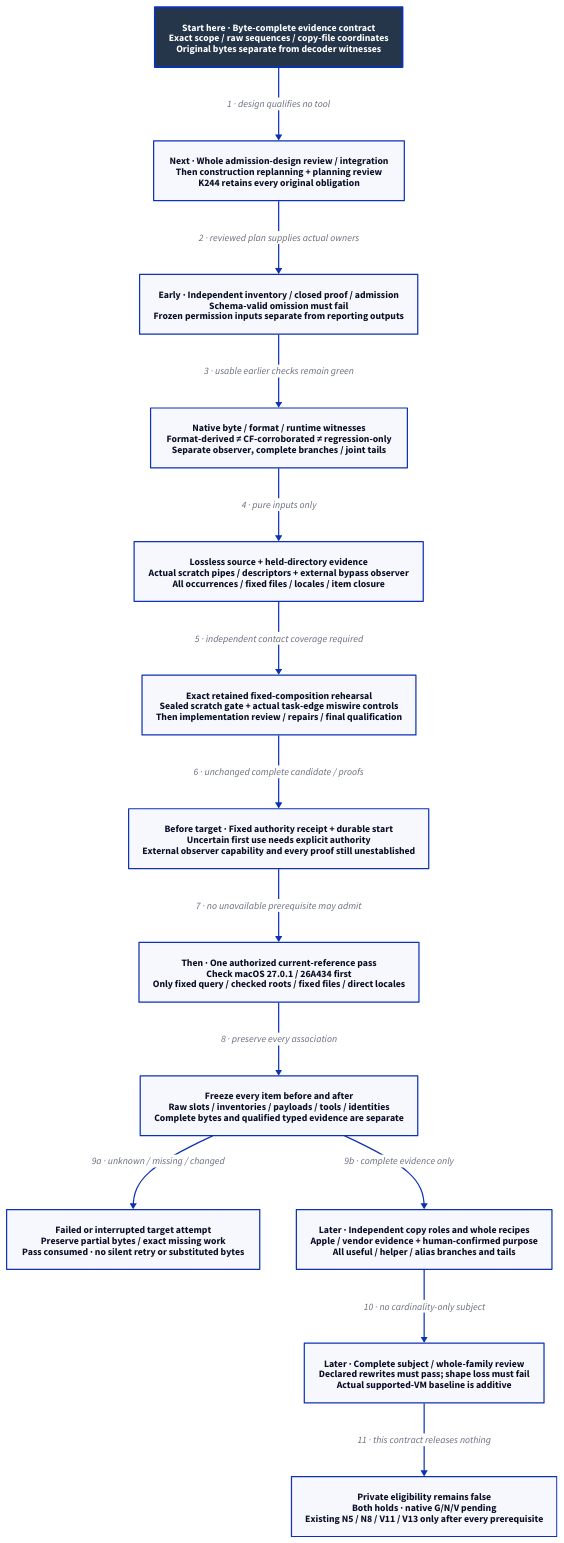
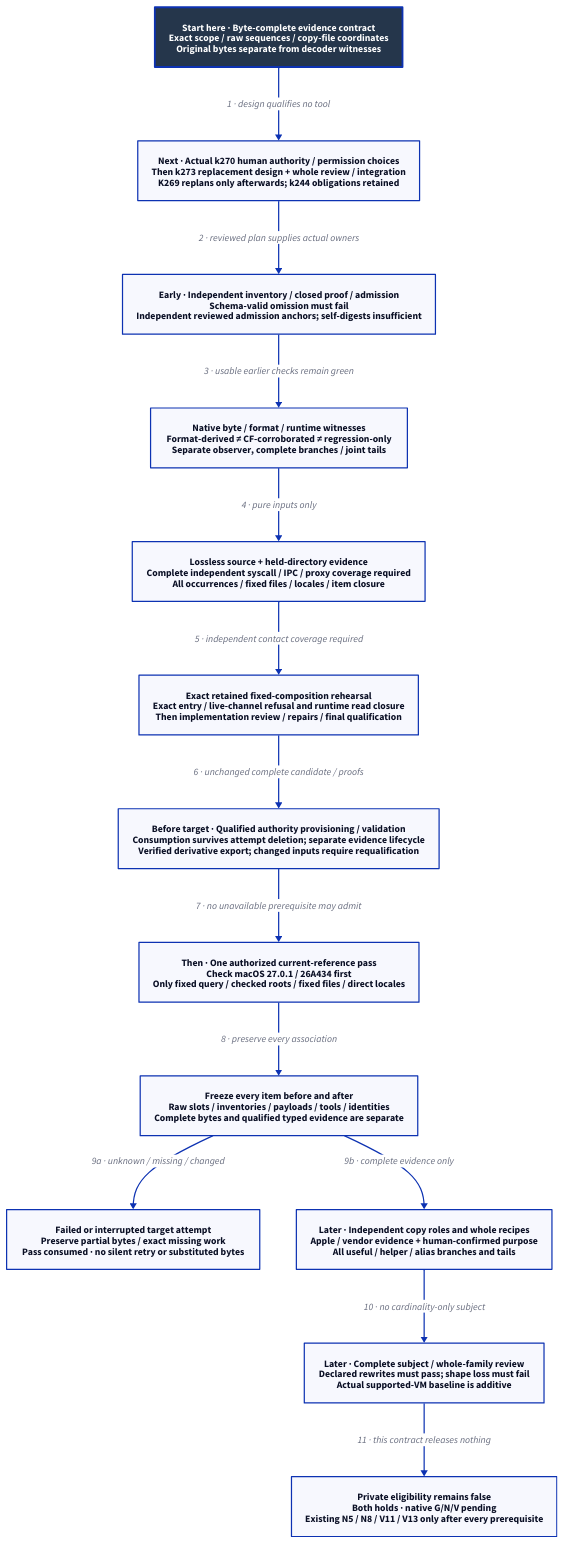
Before and after one commit to Linkuistics/Koine: the diagram in docs/design/architecture/native-reference-evidence.d2, drawn with D2. The commit also changed 45 other files, not shown here.

Commit message:
Integrate admission review and sequence replacement design (reference-evidence-admission-k272)

```diff
--- a/docs/design/architecture/native-reference-evidence.d2
+++ b/docs/design/architecture/native-reference-evidence.d2
@@ -1,30 +1,30 @@
 # Admission repair design; mandatory review and replanning precede unbuilt qualification.
 direction: down
 classes: {
   start: {style: {fill: "#25364B"; font-color: "#FFFFFF"; bold: true; stroke-width: 3}}
 }
 Start: "Start here · Byte-complete evidence contract\nExact scope / raw sequences / copy-file coordinates\nOriginal bytes separate from decoder witnesses" {class: start}
-Plan: "Next · Whole admission-design review / integration\nThen construction replanning + planning review\nK244 retains every original obligation"
-Replay: "Early · Independent inventory / closed proof / admission\nSchema-valid omission must fail\nFrozen permission inputs separate from reporting outputs"
+Plan: "Next · Actual k270 human authority / permission choices\nThen k273 replacement design + whole review / integration\nK269 replans only afterwards; k244 obligations retained"
+Replay: "Early · Independent inventory / closed proof / admission\nSchema-valid omission must fail\nIndependent reviewed admission anchors; self-digests insufficient"
 Decode: "Native byte / format / runtime witnesses\nFormat-derived ≠ CF-corroborated ≠ regression-only\nSeparate observer, complete branches / joint tails"
-Source: "Lossless source + held-directory evidence\nActual scratch pipes / descriptors + external bypass observer\nAll occurrences / fixed files / locales / item closure"
-Pure: "Exact retained fixed-composition rehearsal\nSealed scratch gate + actual task-edge miswire controls\nThen implementation review / repairs / final qualification"
-Authority: "Before target · Fixed authority receipt + durable start\nUncertain first use needs explicit authority\nExternal observer capability and every proof still unestablished"
+Source: "Lossless source + held-directory evidence\nComplete independent syscall / IPC / proxy coverage required\nAll occurrences / fixed files / locales / item closure"
+Pure: "Exact retained fixed-composition rehearsal\nExact entry / live-channel refusal and runtime read closure\nThen implementation review / repairs / final qualification"
+Authority: "Before target · Qualified authority provisioning / validation\nConsumption survives attempt deletion; separate evidence lifecycle\nVerified derivative export; changed inputs require requalification"
 Pass: "Then · One authorized current-reference pass\nCheck macOS 27.0.1 / 26A434 first\nOnly fixed query / checked roots / fixed files / direct locales"
 Closure: "Freeze every item before and after\nRaw slots / inventories / payloads / tools / identities\nComplete bytes and qualified typed evidence are separate"
 Failed: "Failed or interrupted target attempt\nPreserve partial bytes / exact missing work\nPass consumed · no silent retry or substituted bytes"
 Roles: "Later · Independent copy roles and whole recipes\nApple / vendor evidence + human-confirmed purpose\nAll useful / helper / alias branches and tails"
 Review: "Later · Complete subject / whole-family review\nDeclared rewrites must pass; shape loss must fail\nActual supported-VM baseline is additive"
 Hold: "Private eligibility remains false\nBoth holds · native G/N/V pending\nExisting N5 / N8 / V11 / V13 only after every prerequisite"
 Start -> Plan: "1 · design qualifies no tool"
 Plan -> Replay: "2 · reviewed plan supplies actual owners"
 Replay -> Decode: "3 · usable earlier checks remain green"
 Decode -> Source: "4 · pure inputs only"
 Source -> Pure: "5 · independent contact coverage required"
 Pure -> Authority: "6 · unchanged complete candidate / proofs"
 Authority -> Pass: "7 · no unavailable prerequisite may admit"
 Pass -> Closure: "8 · preserve every association"
 Closure -> Failed: "9a · unknown / missing / changed"
 Closure -> Roles: "9b · complete evidence only"
 Roles -> Review: "10 · no cardinality-only subject"
 Review -> Hold: "11 · this contract releases nothing"
```
